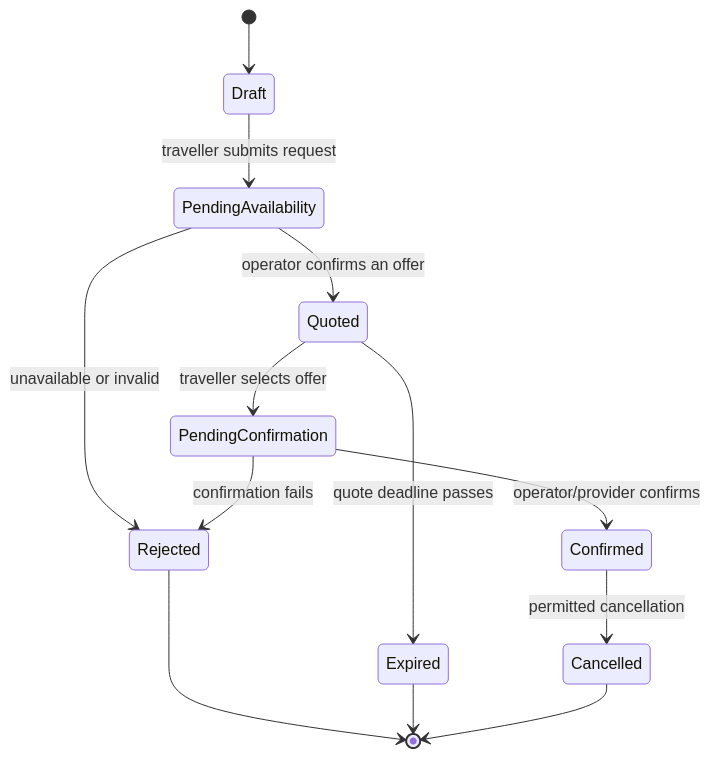
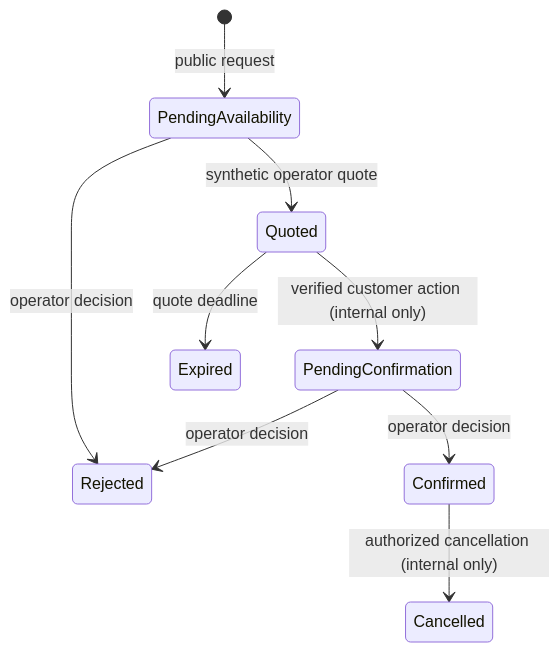
Before and after one commit to gloria-mbilinyi/safarismart-ai-concierge: the second of 3 diagrams in docs/architecture.md, drawn with Mermaid. The commit also changed other lines of this file and 8 other files, not shown here.

````diff
--- a/docs/architecture.md
+++ b/docs/architecture.md
@@ -114,15 +87,11 @@
 ```mermaid
 stateDiagram-v2
-    [*] --> Draft
-    Draft --> PendingAvailability: traveller submits request
-    PendingAvailability --> Quoted: operator confirms an offer
-    PendingAvailability --> Rejected: unavailable or invalid
-    Quoted --> PendingConfirmation: traveller selects offer
-    PendingConfirmation --> Confirmed: operator/provider confirms
-    Quoted --> Expired: quote deadline passes
-    PendingConfirmation --> Rejected: confirmation fails
-    Confirmed --> Cancelled: permitted cancellation
-    Rejected --> [*]
-    Expired --> [*]
-    Cancelled --> [*]
+    [*] --> PendingAvailability: public request
+    PendingAvailability --> Quoted: synthetic operator quote
+    PendingAvailability --> Rejected: operator decision
+    Quoted --> PendingConfirmation: verified customer action (internal only)
+    Quoted --> Expired: quote deadline
+    PendingConfirmation --> Confirmed: operator decision
+    PendingConfirmation --> Rejected: operator decision
+    Confirmed --> Cancelled: authorized cancellation (internal only)
 ```
````
